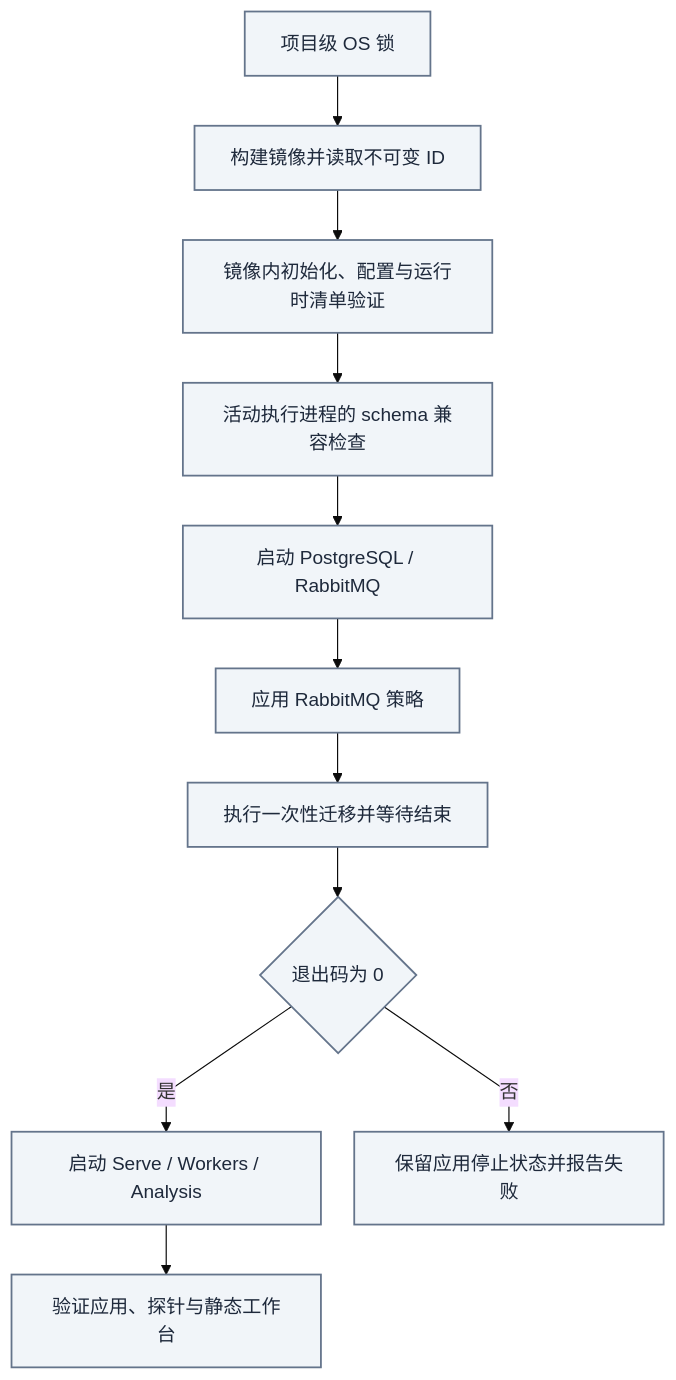
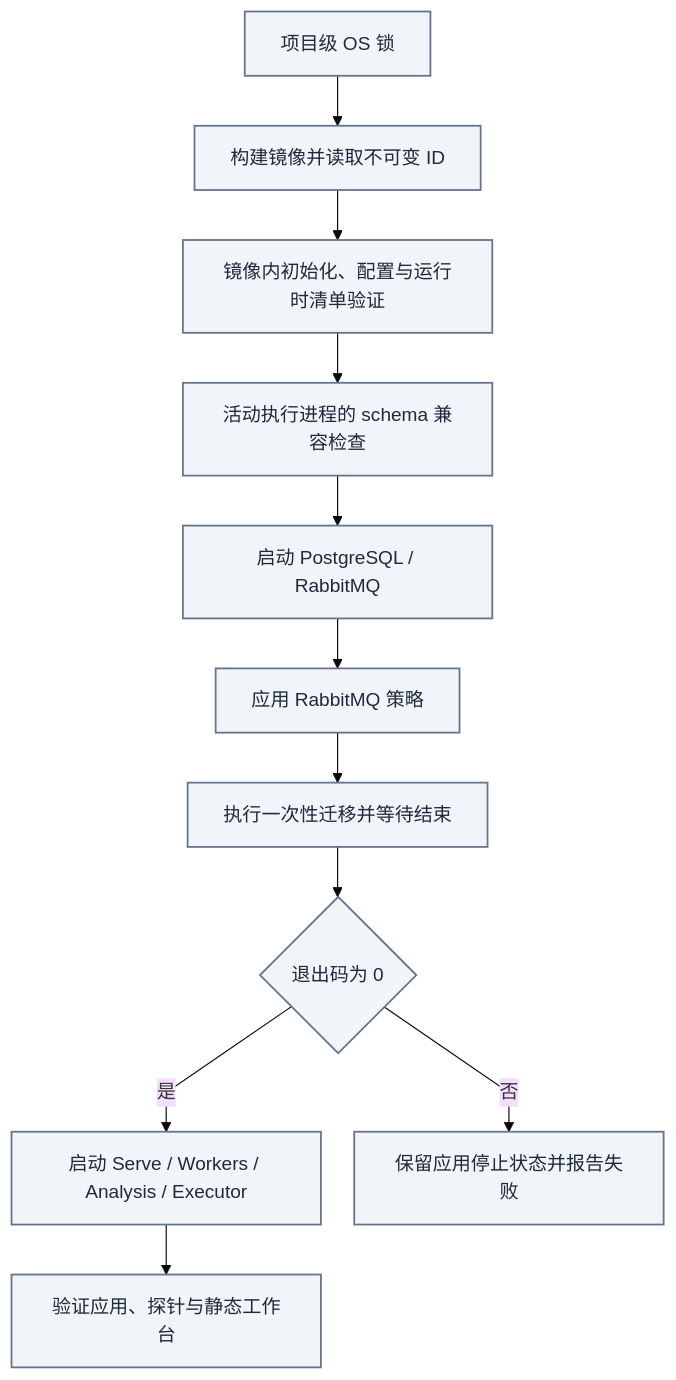
One commit to AnalyThothAI/tracefold changed the diagram in docs/SETUP.md. Above: the diagram before and after it, drawn with Mermaid (base theme). The commit also changed other lines of this file and 46 other files, not shown here.

Commit message:
docs: align handbook with current architecture and remove obsolete materials

````diff
--- a/docs/SETUP.md
+++ b/docs/SETUP.md
@@ -53,26 +53,26 @@
 ```mermaid
 ---
 config:
   fontFamily: "system-ui, Noto Sans CJK SC, Microsoft YaHei, WenQuanYi Zen Hei, sans-serif"
   flowchart:
     curve: linear
     nodeSpacing: 28
     rankSpacing: 42
 ---
 flowchart TD
     accTitle: 镜像内初始化与应用启动
-    accDescr: 项目锁保护构建与初始化，先验证配置和运行时 schema 兼容，再启动基础设施，等待迁移成功后启动应用。Executor 在同一应用镜像内随配置启动。
+    accDescr: 项目锁保护构建与初始化，先验证配置和运行时 schema 兼容，再启动基础设施，等待迁移成功后启动四个应用角色。Executor 在同一应用镜像内运行，账户执行由配置控制。
     Lock["项目级 OS 锁"] --> Build["构建镜像并读取不可变 ID"]
     Build --> Init["镜像内初始化、配置与运行时清单验证"]
     Init --> Window["活动执行进程的 schema 兼容检查"]
     Window --> Infra["启动 PostgreSQL / RabbitMQ"]
     Infra --> Policy["应用 RabbitMQ 策略"]
     Policy --> Migrate["执行一次性迁移并等待结束"]
     Migrate --> Result{"退出码为 0"}
-    Result -->|"是"| App["启动 Serve / Workers / Analysis"]
+    Result -->|"是"| App["启动 Serve / Workers / Analysis / Executor"]
     Result -->|"否"| Stop["保留应用停止状态并报告失败"]
     App --> Ready["验证应用、探针与静态工作台"]
 
     classDef store fill:#f1f5f9,stroke:#64748b,color:#1e293b,stroke-width:1.5px
 class Lock,Build,Init,Window,Infra,Policy,Migrate,Result,App,Stop,Ready store;
 ```
````
